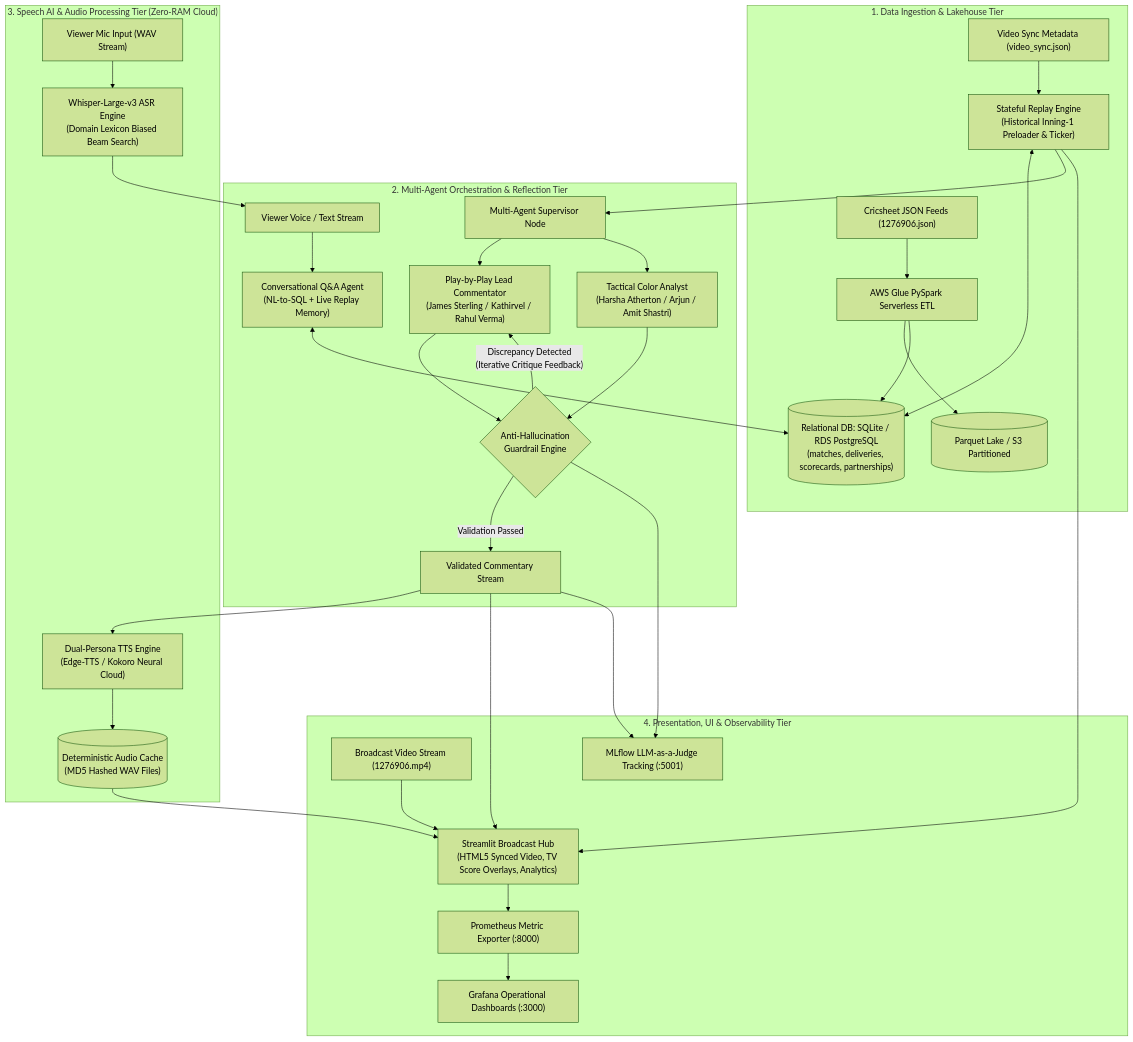
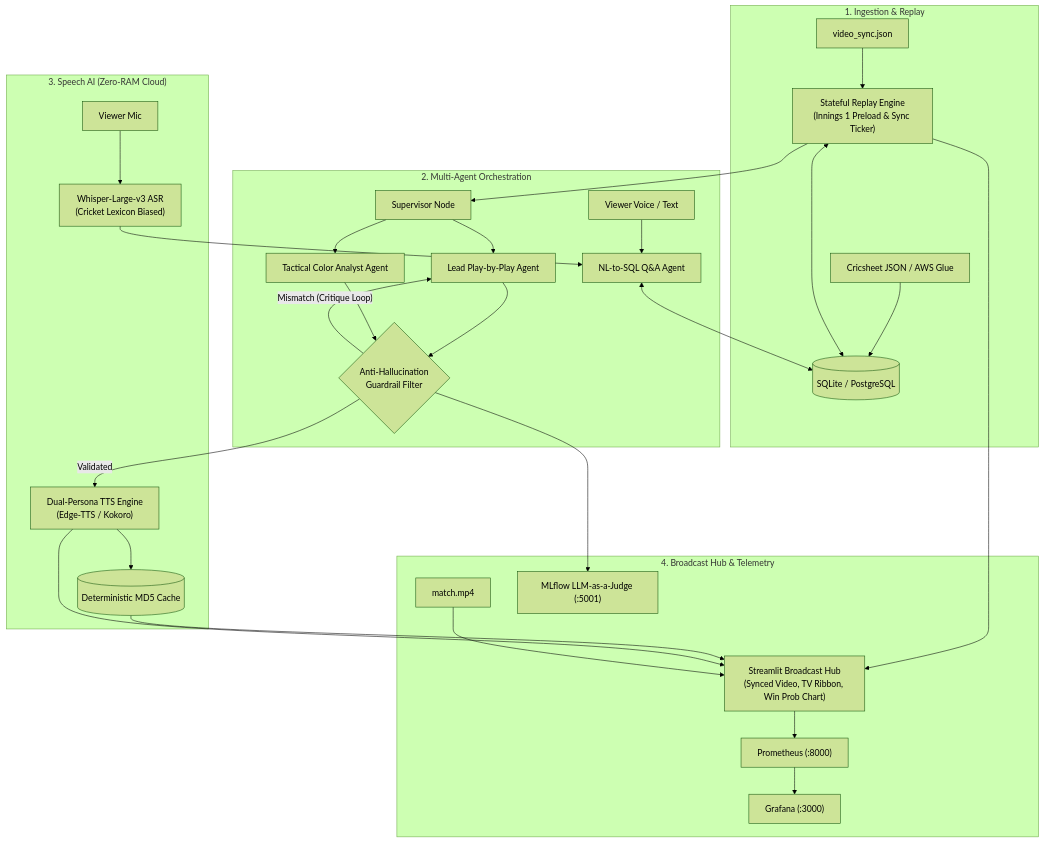
Before and after one commit to saravanakarthikeyanA/Autonomous-Multilingual-Sports-Commentary-Broadcast-Intelligence-Engine: the diagram in README.md, drawn with Mermaid (forest theme). The commit also changed other lines of this file, not shown here.

````diff
--- a/README.md
+++ b/README.md
@@ -58,37 +17,32 @@
 ```mermaid
 flowchart TD
-    subgraph DataPlane["1. Data Ingestion & Lakehouse Tier"]
-        A["Cricsheet JSON Feeds (1276906.json)"] --> B["AWS Glue PySpark Serverless ETL"]
-        B --> C[("Parquet Lake / S3 Partitioned")]
-        B --> D[("Relational DB: SQLite / RDS PostgreSQL\n(matches, deliveries, scorecards, partnerships)")]
-        E["Video Sync Metadata (video_sync.json)"] --> F["Stateful Replay Engine\n(Historical Inning-1 Preloader & Ticker)"]
-        F <--> D
+    subgraph Ingestion["1. Ingestion & Replay"]
+        A["Cricsheet JSON / AWS Glue"] --> B[("SQLite / PostgreSQL")]
+        C["video_sync.json"] --> D["Stateful Replay Engine\n(Innings 1 Preload & Sync Ticker)"]
+        D <--> B
     end
 
-    subgraph MultiAgentPlane["2. Multi-Agent Orchestration & Reflection Tier"]
-        F --> G["Multi-Agent Supervisor Node"]
-        G --> H["Play-by-Play Lead Commentator\n(James Sterling / Kathirvel / Rahul Verma)"]
-        G --> I["Tactical Color Analyst\n(Harsha Atherton / Arjun / Amit Shastri)"]
-        J["Viewer Voice / Text Stream"] --> K["Conversational Q&A Agent\n(NL-to-SQL + Live Replay Memory)"]
-        K <--> D
-        
-        H & I --> L{"Anti-Hallucination\nGuardrail Engine"}
-        L -- "Validation Passed" --> M["Validated Commentary Stream"]
-        L -- "Discrepancy Detected\n(Iterative Critique Feedback)" --> H
+    subgraph MultiAgent["2. Multi-Agent Orchestration"]
+        D --> E["Supervisor Node"]
+        E --> F["Lead Play-by-Play Agent"]
+        E --> G["Tactical Color Analyst Agent"]
+        H["Viewer Voice / Text"] --> I["NL-to-SQL Q&A Agent"]
+        I <--> B
+        F & G --> J{"Anti-Hallucination\nGuardrail Filter"}
+        J -- "Mismatch (Critique Loop)" --> F
     end
 
-    subgraph SpeechPlane["3. Speech AI & Audio Processing Tier (Zero-RAM Cloud)"]
-        N["Viewer Mic Input (WAV Stream)"] --> O["Whisper-Large-v3 ASR Engine\n(Domain Lexicon Biased Beam Search)"]
-        O --> J
-        M --> P["Dual-Persona TTS Engine\n(Edge-TTS / Kokoro Neural Cloud)"]
-        P --> Q[("Deterministic Audio Cache\n(MD5 Hashed WAV Files)")]
+    subgraph Speech["3. Speech AI (Zero-RAM Cloud)"]
+        K["Viewer Mic"] --> L["Whisper-Large-v3 ASR\n(Cricket Lexicon Biased)"]
+        L --> I
+        J -- "Validated" --> M["Dual-Persona TTS Engine\n(Edge-TTS / Kokoro)"]
+        M --> N[("Deterministic MD5 Cache")]
     end
 
-    subgraph BroadcastPlane["4. Presentation, UI & Observability Tier"]
-        F & Q & M --> R["Streamlit Broadcast Hub\n(HTML5 Synced Video, TV Score Overlays, Analytics)"]
-        S["Broadcast Video Stream (1276906.mp4)"] --> R
-        R --> T["Prometheus Metric Exporter (:8000)"]
-        T --> U["Grafana Operational Dashboards (:3000)"]
-        L & M --> V["MLflow LLM-as-a-Judge Tracking (:5001)"]
+    subgraph Presentation["4. Broadcast Hub & Telemetry"]
+        D & N & M --> O["Streamlit Broadcast Hub\n(Synced Video, TV Ribbon, Win Prob Chart)"]
+        P["match.mp4"] --> O
+        O --> Q["Prometheus (:8000)"] --> R["Grafana (:3000)"]
+        J --> S["MLflow LLM-as-a-Judge (:5001)"]
     end
 ```
````
